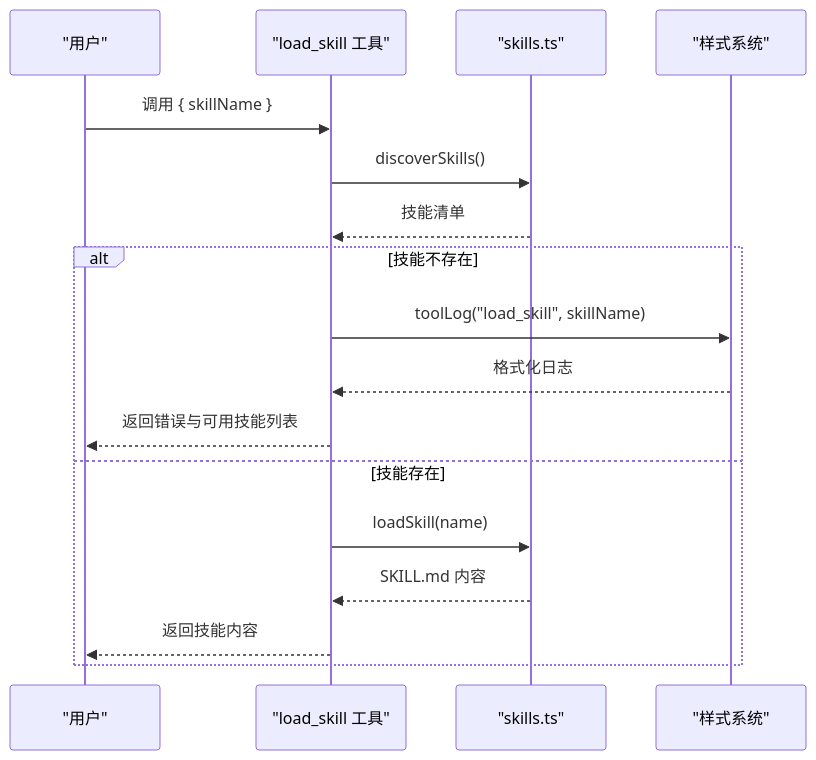
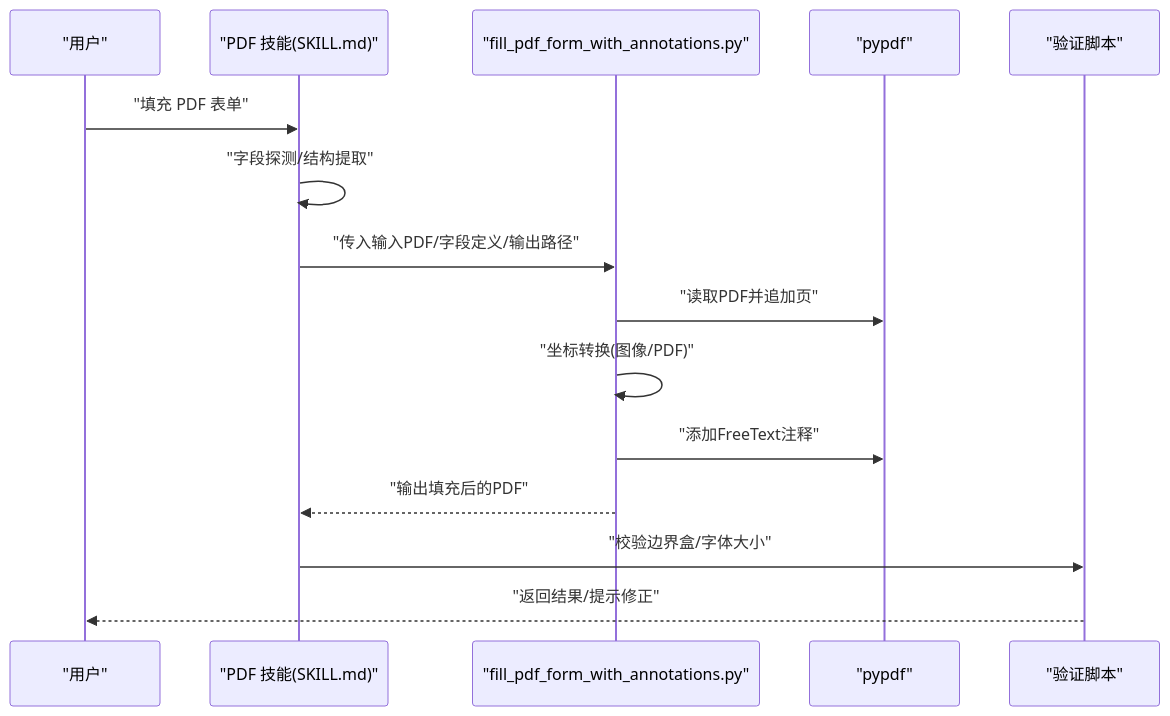
The fourth of 8 diagrams in .qoder/repowiki/zh/content/技能系统/技能系统.md (HAOFUYANG/onion-code), drawn with Mermaid before and after one commit. The commit also changed other lines of this file and 58 other files, not shown here.

````diff
--- a/.qoder/repowiki/zh/content/技能系统/技能系统.md
+++ b/.qoder/repowiki/zh/content/技能系统/技能系统.md
@@ -237,19 +163,17 @@
 ```mermaid
 sequenceDiagram
 participant U as "用户"
-participant T as "load_skill 工具"
-participant S as "skills.ts"
-participant Style as "样式系统"
-U->>T : 调用 { skillName }
-T->>S : discoverSkills()
-S-->>T : 技能清单
-alt 技能不存在
-T->>Style : toolLog("load_skill", skillName)
-Style-->>T : 格式化日志
-T-->>U : 返回错误与可用技能列表
-else 技能存在
-T->>S : loadSkill(name)
-S-->>T : SKILL.md 内容
-T-->>U : 返回技能内容
-end
+participant S as "PDF 技能(SKILL.md)"
+participant F as "fill_pdf_form_with_annotations.py"
+participant P as "pypdf"
+participant V as "验证脚本"
+U->>S : "填充 PDF 表单"
+S->>S : "字段探测/结构提取"
+S->>F : "传入输入PDF/字段定义/输出路径"
+F->>P : "读取PDF并追加页"
+F->>F : "坐标转换(图像/PDF)"
+F->>P : "添加FreeText注释"
+F-->>S : "输出填充后的PDF"
+S->>V : "校验边界盒/字体大小"
+V-->>U : "返回结果/提示修正"
 ```
````
